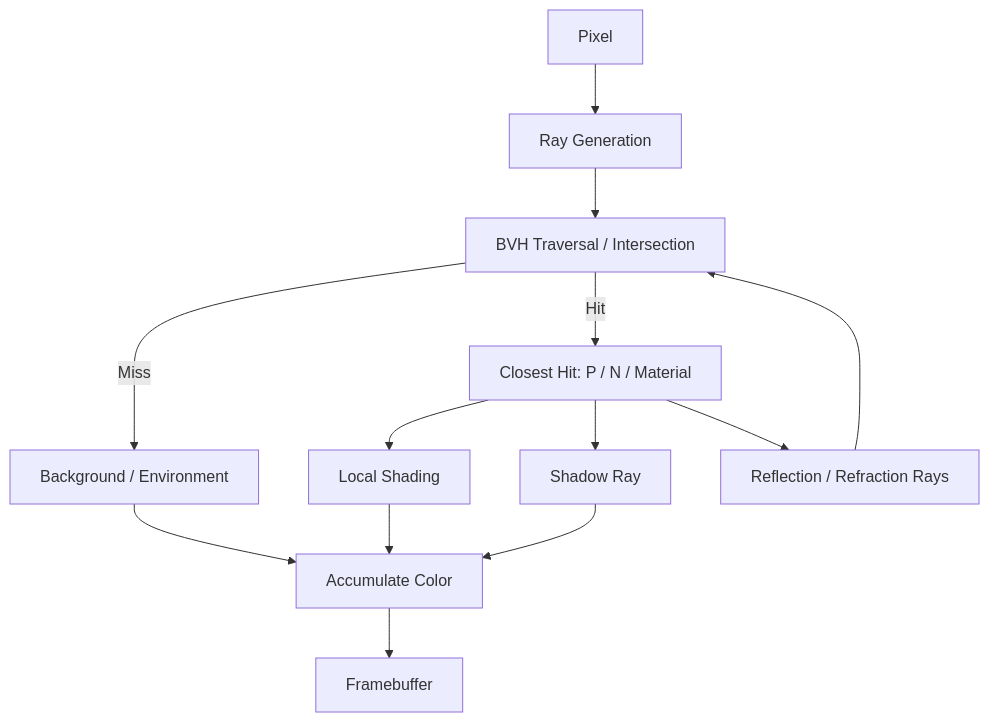
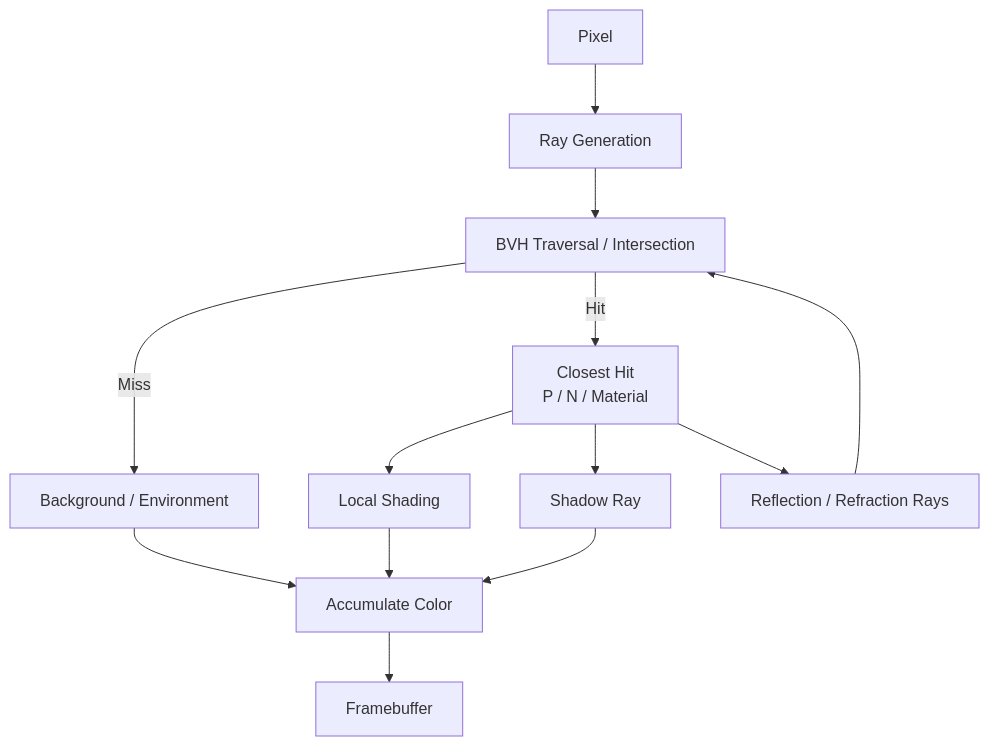
Before and after one commit to SummerS-tars/cg: the second of 4 diagrams in guides/CG-Week12-14-学习指南.md, drawn with Mermaid. The commit also changed other lines of this file and 1 other file, not shown here.

````diff
--- a/guides/CG-Week12-14-学习指南.md
+++ b/guides/CG-Week12-14-学习指南.md
@@ -37,15 +63,15 @@
 ```mermaid
 flowchart TD
-  A[Pixel] --> B[Ray Generation]
-  B --> C[BVH Traversal / Intersection]
-  C -->|Miss| D[Background / Environment]
-  C -->|Hit| E[Closest Hit: P / N / Material]
-  E --> F[Local Shading]
-  E --> G[Shadow Ray]
-  E --> H[Reflection / Refraction Rays]
-  H --> C
-  F --> I[Accumulate Color]
-  G --> I
-  D --> I
-  I --> J[Framebuffer]
+    A[Pixel] --> B[Ray Generation]
+    B --> C[BVH Traversal / Intersection]
+    C -->|Miss| D[Background / Environment]
+    C -->|Hit| E[Closest Hit<br/>P / N / Material]
+    E --> F[Local Shading]
+    E --> G[Shadow Ray]
+    E --> H[Reflection / Refraction Rays]
+    H --> C
+    F --> I[Accumulate Color]
+    G --> I
+    D --> I
+    I --> J[Framebuffer]
 ```
````
